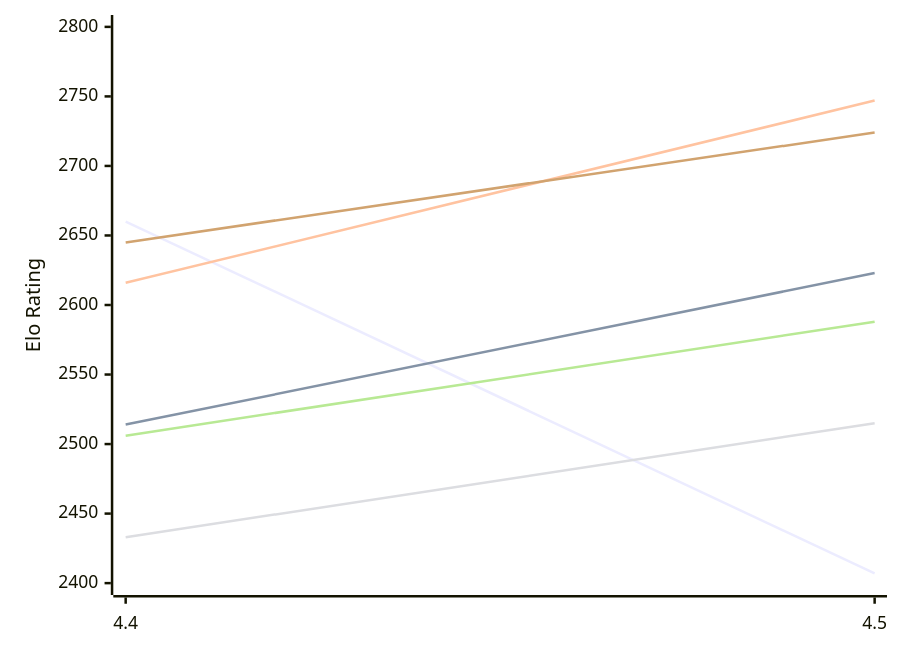
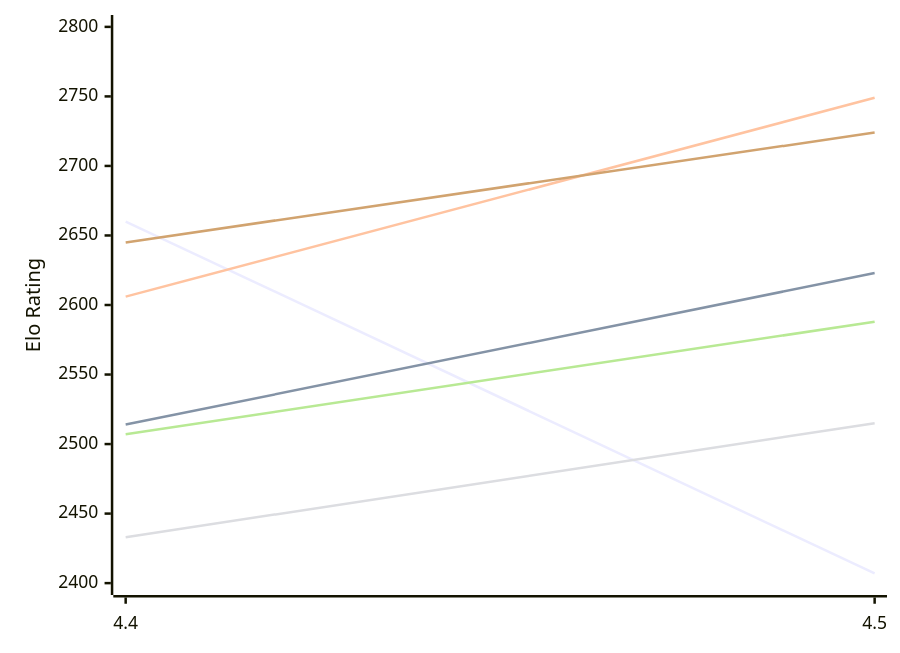
One commit to computer-chess-index/cci changed the first of 2 diagrams in engines/Eubos.md. Above: the diagram before and after it, drawn with Mermaid. The commit also changed other lines of this file, not shown here.

Commit message:
Update CCI Ratings (ELO VLTC) - 2026-11-27

````diff
--- a/engines/Eubos.md
+++ b/engines/Eubos.md
@@ -52,12 +52,12 @@
 ```mermaid
 %%{init: {"theme":"base","themeVariables":{"seriesColors:['#a3a3a3','#222221','#faa371']}}}%%
 xychart-beta
   x-axis ["4.4", "4.5"]
   y-axis "Elo Rating" 2400 --> 2800
   line "E1: STC (8.0+0.08s)" [2660, 2407]
   line "E1: LTC (60.0+0.60s)" [2514, 2623]
-  line "E1: VLTC (2m24s+1.12s)" [2616, 2747]
+  line "E1: VLTC (2m24s+1.12s)" [2606, 2749]
   line "P1: STC (8.0+0.08s)" [2433, 2515]
-  line "P1: LTC (60.0+0.60s)" [2506, 2588]
+  line "P1: LTC (60.0+0.60s)" [2507, 2588]
   line "P1: VLTC (2m24s+1.12s)" [2645, 2724]
 ```
````
